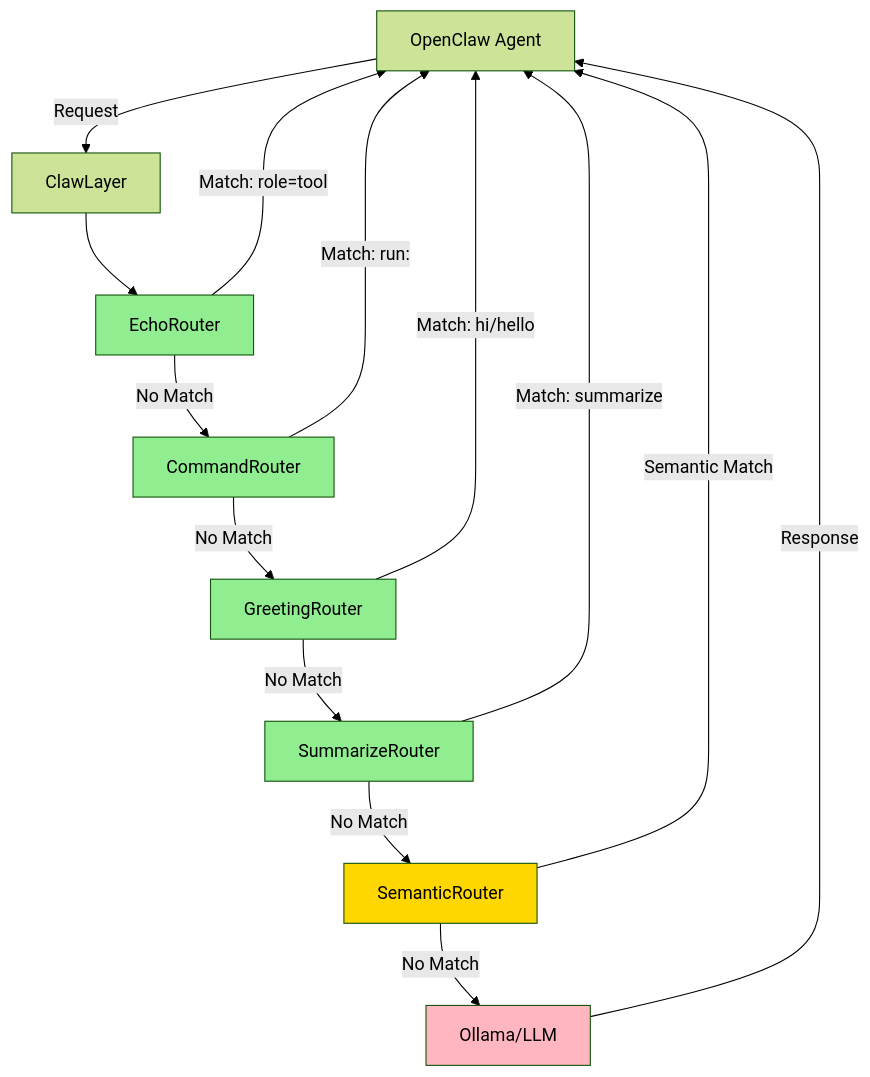
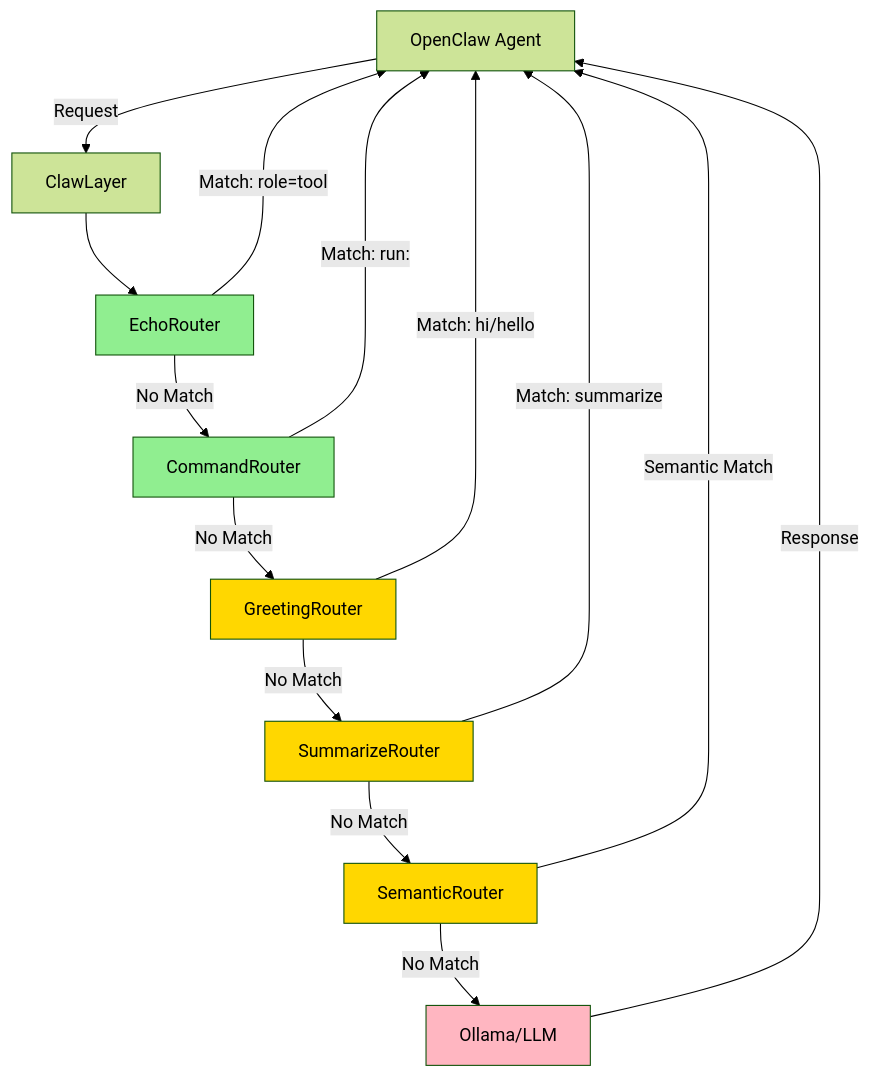
One commit to neoalienson/ClawLayer changed the first of 3 diagrams in README.md. Above: the diagram before and after it, drawn with Mermaid (forest theme). The commit also changed other lines of this file and 6 other files, not shown here.

````diff
--- a/README.md
+++ b/README.md
@@ -18,32 +18,32 @@
 ```mermaid
 flowchart TB
     Agent[OpenClaw Agent]
     CL[ClawLayer]
     Echo[EchoRouter]
     Cmd[CommandRouter]
     Greet[GreetingRouter]
     Sum[SummarizeRouter]
     Sem[SemanticRouter]
     LLM[Ollama/LLM]
     
     Agent -->|Request| CL
     CL --> Echo
     Echo -->|Match: role=tool| Agent
     Echo -->|No Match| Cmd
     Cmd -->|Match: run:| Agent
     Cmd -->|No Match| Greet
     Greet -->|Match: hi/hello| Agent
     Greet -->|No Match| Sum
     Sum -->|Match: summarize| Agent
     Sum -->|No Match| Sem
     Sem -->|Semantic Match| Agent
     Sem -->|No Match| LLM
     LLM -->|Response| Agent
     
     style Echo fill:#90EE90
     style Cmd fill:#90EE90
-    style Greet fill:#90EE90
-    style Sum fill:#90EE90
+    style Greet fill:#FFD700
+    style Sum fill:#FFD700
     style Sem fill:#FFD700
     style LLM fill:#FFB6C1
 ```
````
